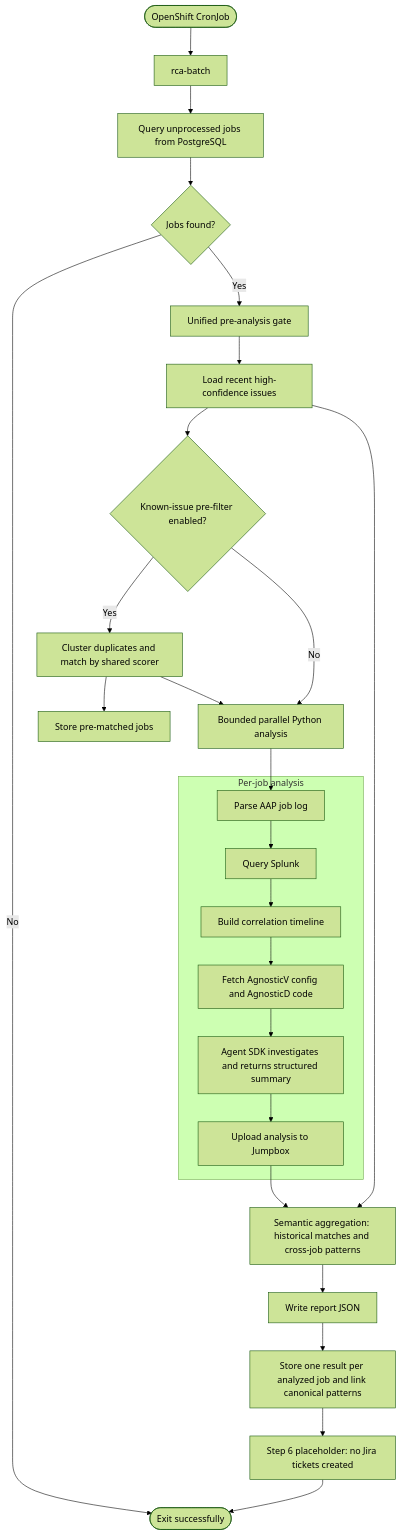
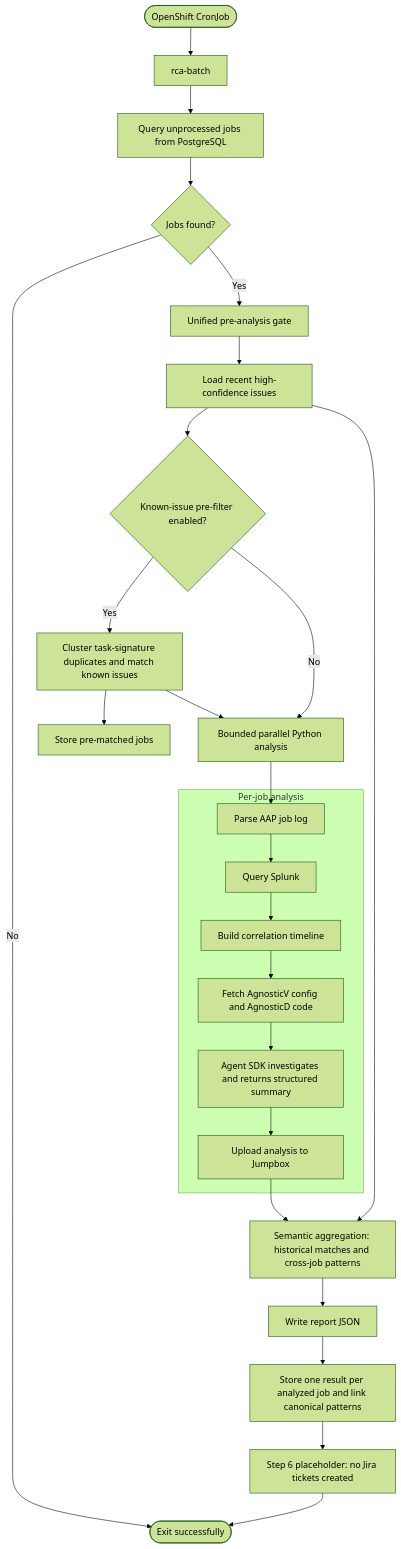
Before and after one commit to jerry-ng2/aap2-rca-agent: the diagram in README.md, drawn with Mermaid (forest theme). The commit also changed other lines of this file and 10 other files, not shown here.

Commit message:
feat: add task-signature pre-analysis matching

````diff
--- a/README.md
+++ b/README.md
@@ -10,30 +10,30 @@
 ```mermaid
 flowchart TD
     Start([OpenShift CronJob]) --> Runner[rca-batch]
     Runner --> Query[Query unprocessed jobs from PostgreSQL]
     Query --> AnyJobs{Jobs found?}
     AnyJobs -- No --> Done([Exit successfully])
     AnyJobs -- Yes --> Gate[Unified pre-analysis gate]
     Gate --> Known[Load recent high-confidence issues]
     Known --> Filter{Known-issue pre-filter enabled?}
-    Filter -- Yes --> Prefilter[Cluster duplicates and match by shared scorer]
+    Filter -- Yes --> Prefilter[Cluster task-signature duplicates and match known issues]
     Filter -- No --> Analysis
     Prefilter --> Matched[Store pre-matched jobs]
     Prefilter --> Analysis[Bounded parallel Python analysis]
     subgraph PerJob[Per-job analysis]
       Parse[Parse AAP job log]
       Splunk[Query Splunk]
       Correlation[Build correlation timeline]
       GitHub[Fetch AgnosticV config and AgnosticD code]
       Synthesis[Agent SDK investigates and returns structured summary]
       Upload[Upload analysis to Jumpbox]
       Parse --> Splunk --> Correlation --> GitHub --> Synthesis --> Upload
     end
     Analysis --> Parse
     Upload --> Aggregate[Semantic aggregation: historical matches and cross-job patterns]
     Known --> Aggregate
     Aggregate --> Write[Write report JSON]
     Write --> Store[Store one result per analyzed job and link canonical patterns]
     Store --> Jira[Step 6 placeholder: no Jira tickets created]
     Jira --> Done
 ```
````
